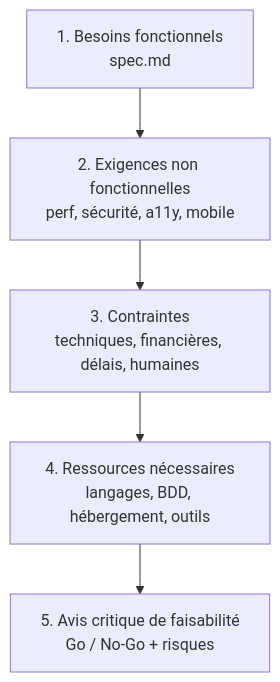
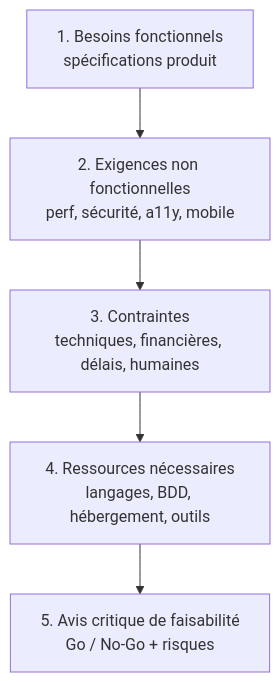
Before and after one commit to Affy657/Movie-Picker: the diagram in docs/RNCP/bloc-1-cadrage/03-faisabilite-technique.md, drawn with Mermaid. The commit also changed other lines of this file and 13 other files, not shown here.

````diff
--- a/docs/RNCP/bloc-1-cadrage/03-faisabilite-technique.md
+++ b/docs/RNCP/bloc-1-cadrage/03-faisabilite-technique.md
@@ -11,7 +21,7 @@
 ```mermaid
 flowchart TD
-  A[1. Besoins fonctionnels<br/>spec.md] --> B[2. Exigences non fonctionnelles<br/>perf, sécurité, a11y, mobile]
+  A[1. Besoins fonctionnels<br/>spécifications produit] --> B[2. Exigences non fonctionnelles<br/>perf, sécurité, a11y, mobile]
   B --> C[3. Contraintes<br/>techniques, financières, délais, humaines]
   C --> D[4. Ressources nécessaires<br/>langages, BDD, hébergement, outils]
   D --> E[5. Avis critique de faisabilité<br/>Go / No-Go + risques]
 ```
````
